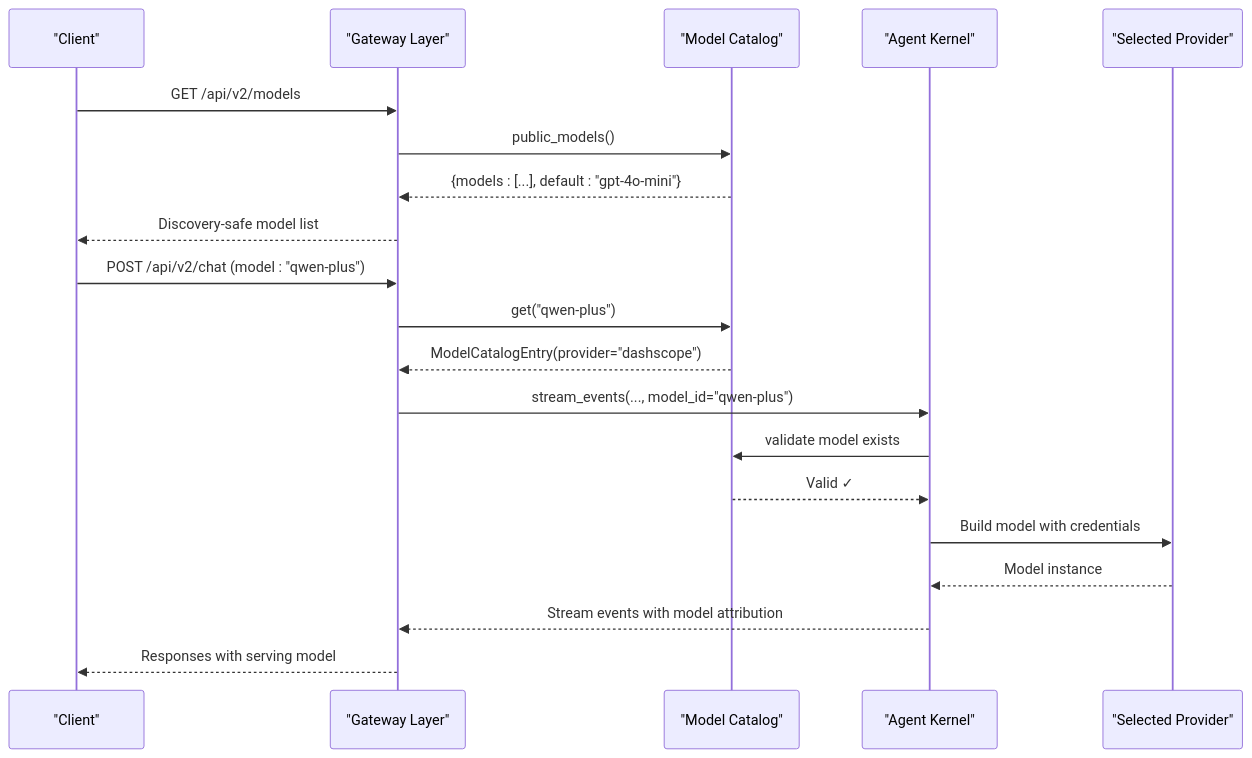
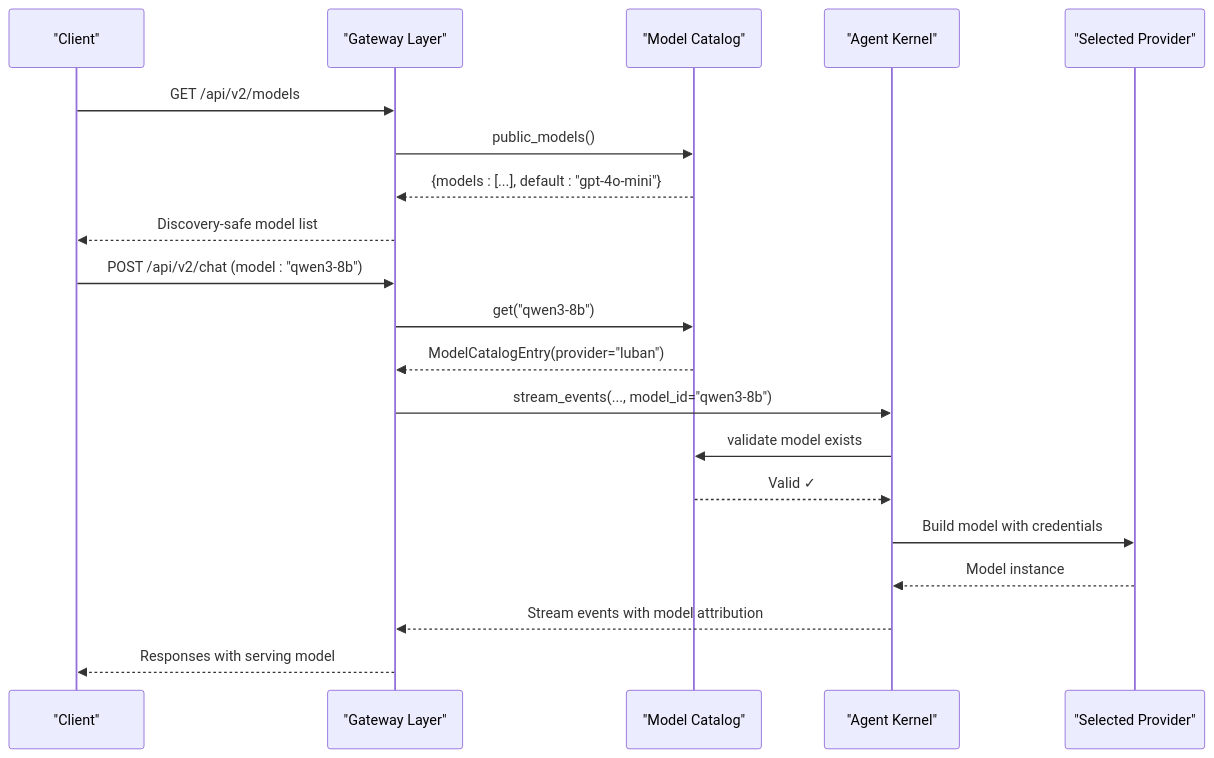
Before and after one commit to metasync/luban-aiops: the third of 6 diagrams in .qoder/repowiki/en/content/Agent Platform Service/Provider Registry and Multi-Provider Support.md, drawn with Mermaid. The commit also changed other lines of this file and 16 other files, not shown here.

````diff
--- a/.qoder/repowiki/en/content/Agent Platform Service/Provider Registry and Multi-Provider Support.md
+++ b/.qoder/repowiki/en/content/Agent Platform Service/Provider Registry and Multi-Provider Support.md
@@ -308,22 +345,22 @@
 ```mermaid
 sequenceDiagram
 participant Client as "Client"
 participant Gateway as "Gateway Layer"
 participant Catalog as "Model Catalog"
 participant Kernel as "Agent Kernel"
 participant Provider as "Selected Provider"
 Client->>Gateway : GET /api/v2/models
 Gateway->>Catalog : public_models()
 Catalog-->>Gateway : {models : [...], default : "gpt-4o-mini"}
 Gateway-->>Client : Discovery-safe model list
-Client->>Gateway : POST /api/v2/chat (model : "qwen-plus")
-Gateway->>Catalog : get("qwen-plus")
-Catalog-->>Gateway : ModelCatalogEntry(provider="dashscope")
-Gateway->>Kernel : stream_events(..., model_id="qwen-plus")
+Client->>Gateway : POST /api/v2/chat (model : "qwen3-8b")
+Gateway->>Catalog : get("qwen3-8b")
+Catalog-->>Gateway : ModelCatalogEntry(provider="luban")
+Gateway->>Kernel : stream_events(..., model_id="qwen3-8b")
 Kernel->>Catalog : validate model exists
 Catalog-->>Kernel : Valid ✓
 Kernel->>Provider : Build model with credentials
 Provider-->>Kernel : Model instance
 Kernel-->>Gateway : Stream events with model attribution
 Gateway-->>Client : Responses with serving model
 ```
````
